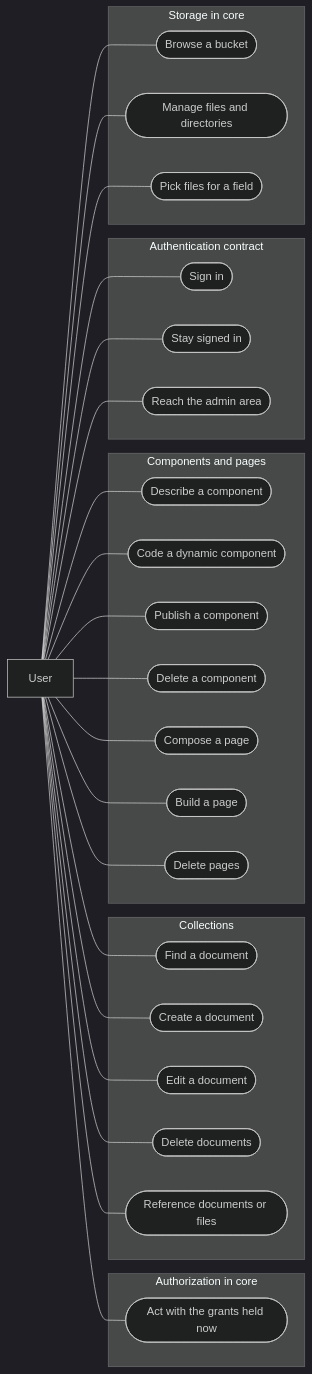
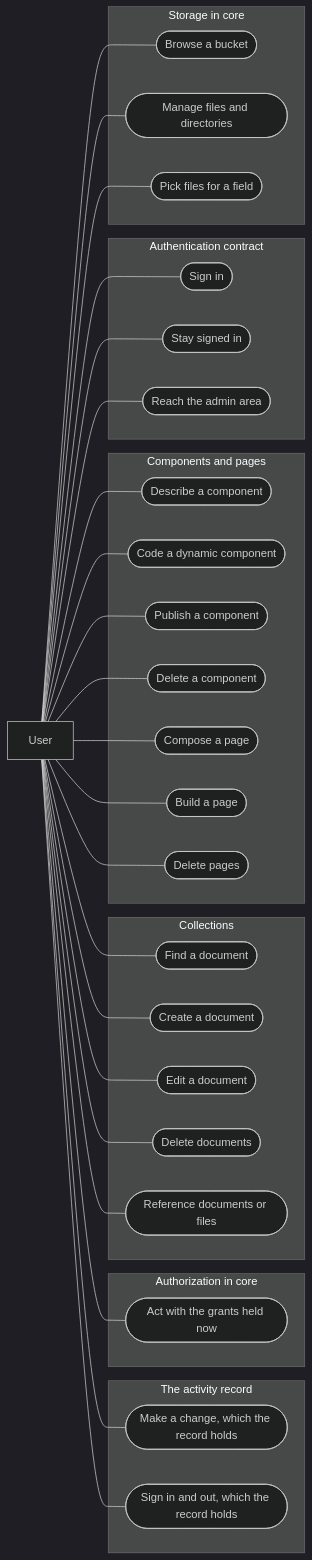
Before and after one commit to GenoaCMS/genoacms: the tenth of 12 diagrams in docs/MAP.md, drawn with Mermaid (dark theme). The commit also changed other lines of this file and 6 other files, not shown here.

First line of the commit message:
docs(activity): the activity record and the activity sink contract

````diff
--- a/docs/MAP.md
+++ b/docs/MAP.md
@@ -159,53 +163,59 @@
 ```mermaid
 flowchart LR
   actor["User"]
-  subgraph doc1 ["Authorization in core"]
+  subgraph doc1 ["The activity record"]
+    AJ1(["Make a change, which the record holds"])
+    AJ2(["Sign in and out, which the record holds"])
+  end
+  subgraph doc2 ["Authorization in core"]
     ZJ2(["Act with the grants held now"])
   end
-  subgraph doc2 ["Collections"]
+  subgraph doc3 ["Collections"]
     OJ1(["Find a document"])
     OJ2(["Create a document"])
     OJ3(["Edit a document"])
     OJ4(["Delete documents"])
     OJ5(["Reference documents or files"])
   end
-  subgraph doc3 ["Components and pages"]
+  subgraph doc4 ["Components and pages"]
     NJ1(["Describe a component"])
     NJ2(["Code a dynamic component"])
     NJ3(["Publish a component"])
     NJ4(["Delete a component"])
     NJ5(["Compose a page"])
     NJ6(["Build a page"])
     NJ7(["Delete pages"])
   end
-  subgraph doc4 ["Authentication contract"]
+  subgraph doc5 ["Authentication contract"]
     CJ1(["Sign in"])
     CJ2(["Stay signed in"])
     CJ3(["Reach the admin area"])
   end
-  subgraph doc5 ["Storage in core"]
+  subgraph doc6 ["Storage in core"]
     BJ1(["Browse a bucket"])
     BJ2(["Manage files and directories"])
     BJ3(["Pick files for a field"])
   end
-  actor --- ZJ2 & OJ1 & OJ2 & OJ3 & OJ4 & OJ5 & NJ1 & NJ2 & NJ3 & NJ4 & NJ5 & NJ6 & NJ7 & CJ1 & CJ2 & CJ3 & BJ1 & BJ2 & BJ3
+  actor --- AJ1 & AJ2 & ZJ2 & OJ1 & OJ2 & OJ3 & OJ4 & OJ5 & NJ1 & NJ2 & NJ3 & NJ4 & NJ5 & NJ6 & NJ7 & CJ1 & CJ2 & CJ3 & BJ1 & BJ2 & BJ3
+  click AJ1 "architecture/activity.md"
+  click AJ2 "architecture/activity.md"
   click ZJ2 "architecture/authorization.md"
   click OJ1 "architecture/collections.md"
   click OJ2 "architecture/collections.md"
   click OJ3 "architecture/collections.md"
   click OJ4 "architecture/collections.md"
   click OJ5 "architecture/collections.md"
   click NJ1 "architecture/components.md"
   click NJ2 "architecture/components.md"
   click NJ3 "architecture/components.md"
   click NJ4 "architecture/components.md"
   click NJ5 "architecture/components.md"
   click NJ6 "architecture/components.md"
   click NJ7 "architecture/components.md"
   click CJ1 "architecture/contracts/authentication.md"
   click CJ2 "architecture/contracts/authentication.md"
   click CJ3 "architecture/contracts/authentication.md"
   click BJ1 "architecture/storage.md"
   click BJ2 "architecture/storage.md"
   click BJ3 "architecture/storage.md"
 ```
````
